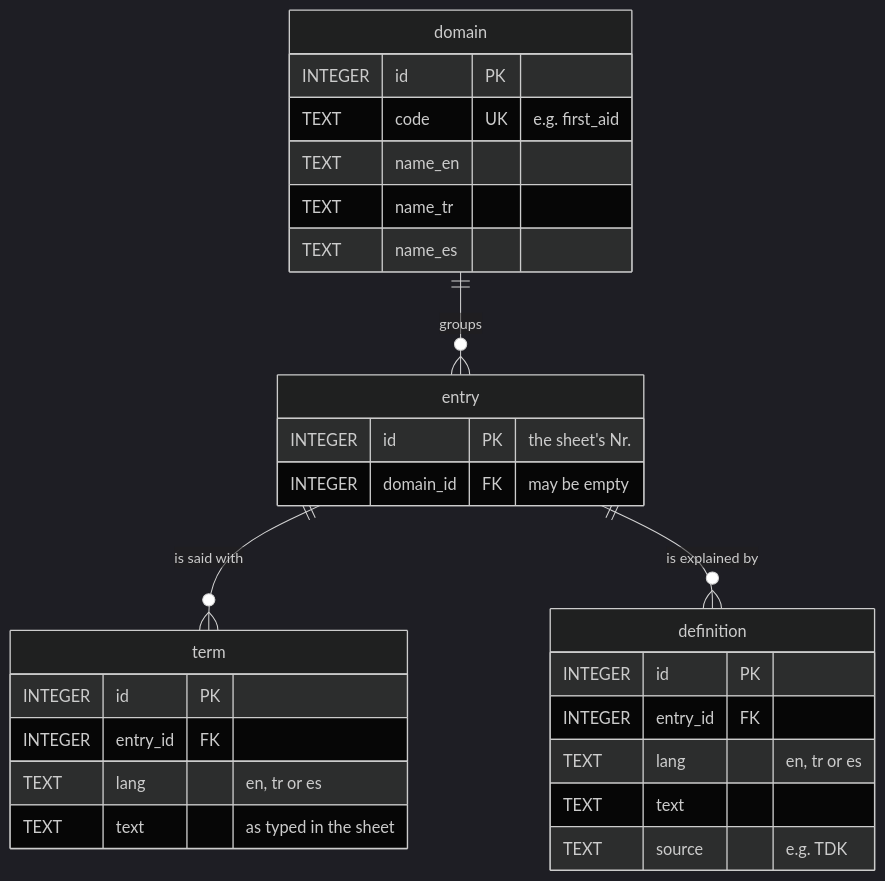
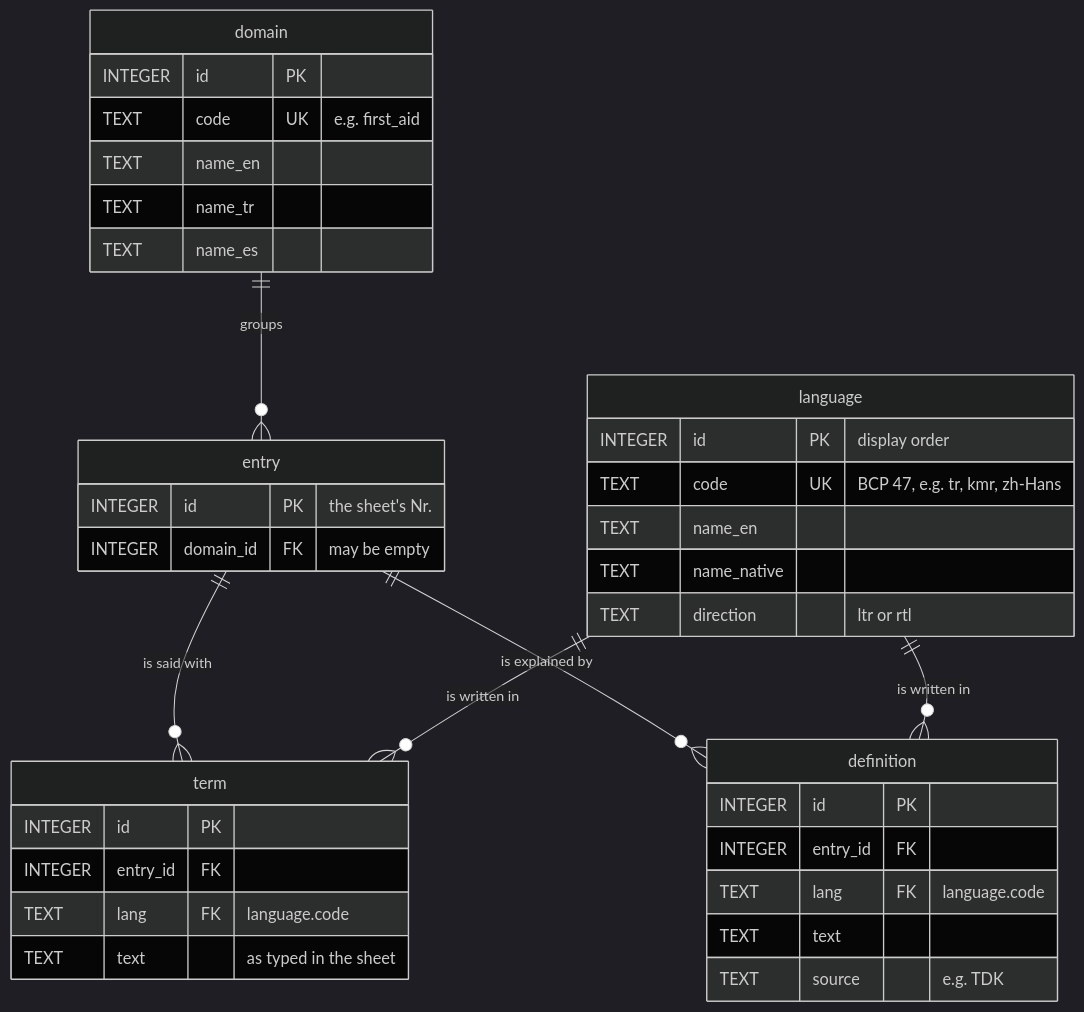
One commit to ysfztpp/TermQuake changed the diagram in docs/DATA_MODEL.md. Above: the diagram before and after it, drawn with Mermaid (dark theme). The commit also changed other lines of this file and 25 other files, not shown here.

````diff
--- a/docs/DATA_MODEL.md
+++ b/docs/DATA_MODEL.md
@@ -7,31 +7,41 @@
 ```mermaid
 erDiagram
-    domain ||--o{ entry : "groups"
-    entry  ||--o{ term : "is said with"
-    entry  ||--o{ definition : "is explained by"
+    domain   ||--o{ entry : "groups"
+    entry    ||--o{ term : "is said with"
+    entry    ||--o{ definition : "is explained by"
+    language ||--o{ term : "is written in"
+    language ||--o{ definition : "is written in"
+
+    language {
+        INTEGER id PK "display order"
+        TEXT code UK "BCP 47, e.g. tr, kmr, zh-Hans"
+        TEXT name_en
+        TEXT name_native
+        TEXT direction "ltr or rtl"
+    }
 
     domain {
         INTEGER id PK
         TEXT code UK "e.g. first_aid"
         TEXT name_en
         TEXT name_tr
         TEXT name_es
     }
     entry {
         INTEGER id PK "the sheet's Nr."
         INTEGER domain_id FK "may be empty"
     }
     term {
         INTEGER id PK
         INTEGER entry_id FK
-        TEXT lang "en, tr or es"
+        TEXT lang FK "language.code"
         TEXT text "as typed in the sheet"
     }
     definition {
         INTEGER id PK
         INTEGER entry_id FK
-        TEXT lang "en, tr or es"
+        TEXT lang FK "language.code"
         TEXT text
         TEXT source "e.g. TDK"
     }
 ```
````
